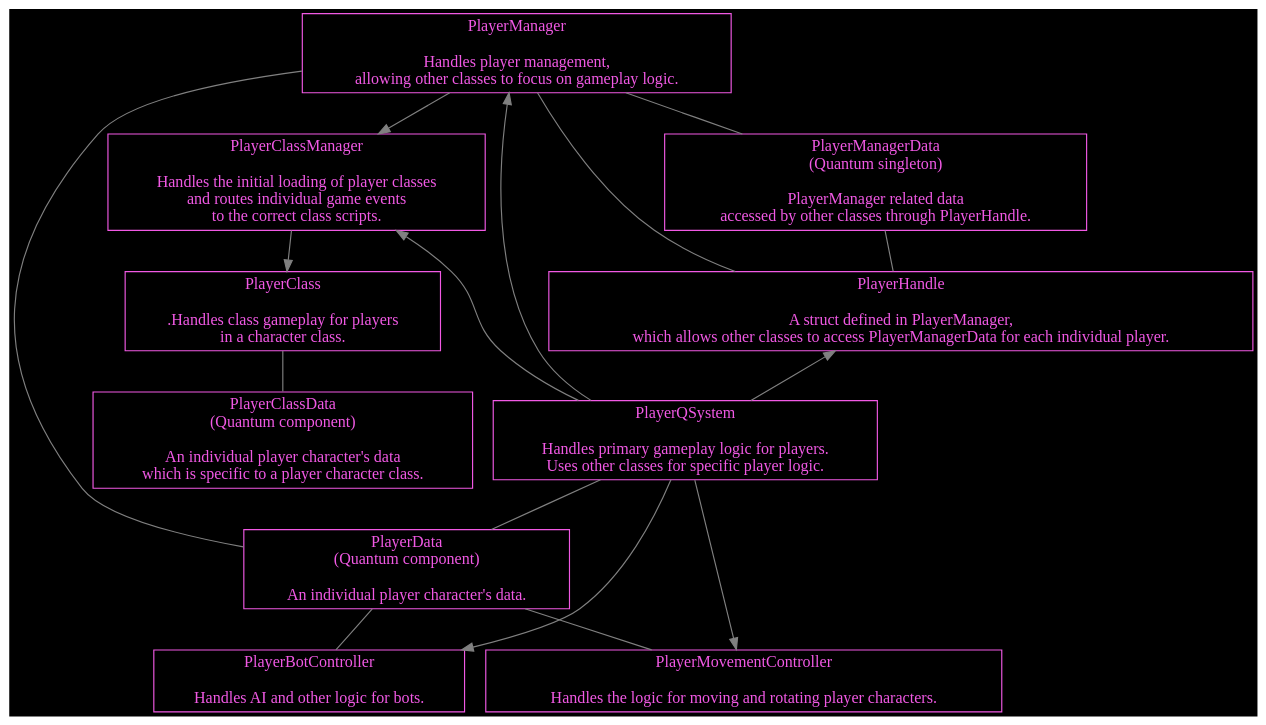
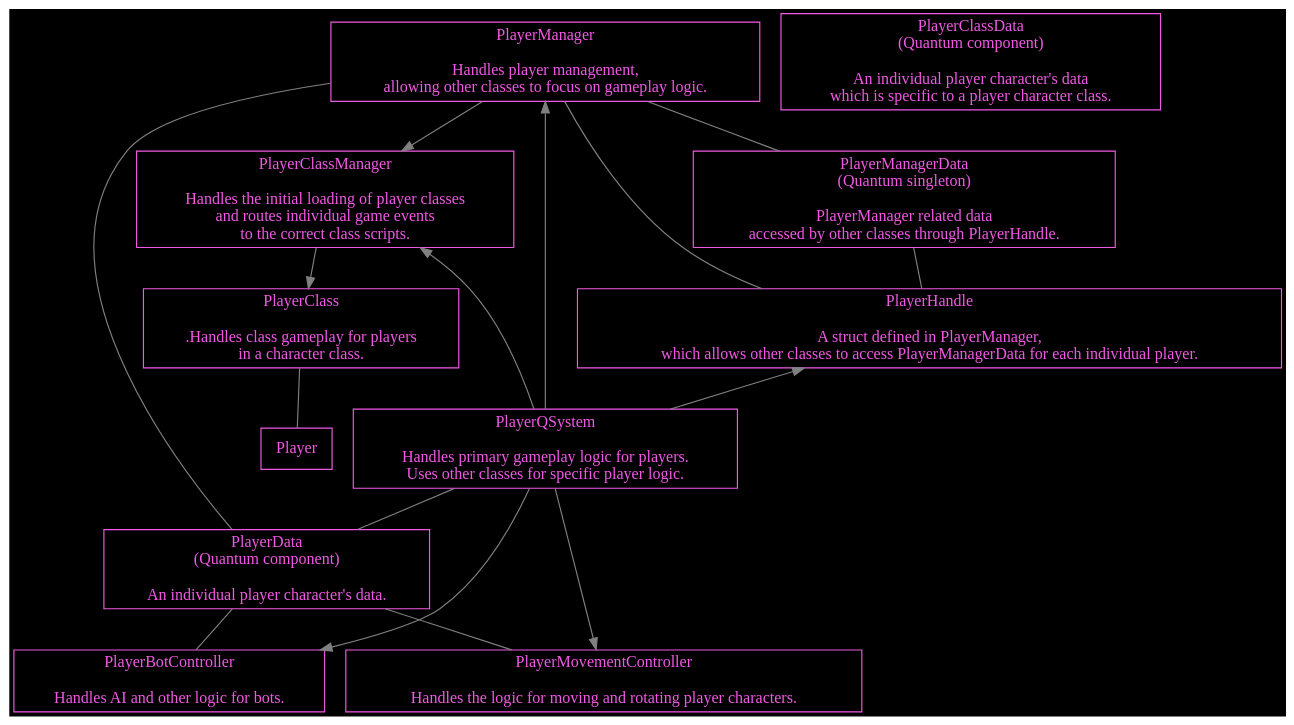
The seventh of 8 diagrams in Doc/Doxygen/Battle/additional-documentation/pages/1-concepts-player-.md (Alt-Org/Altzone), drawn with Graphviz before and after one commit.

Commit message:
Updated: Doc\Doxygen\Battle\additional-documentation\pages\1-concepts-player-.md #1220

````diff
--- a/Doc/Doxygen/Battle/additional-documentation/pages/1-concepts-player-.md
+++ b/Doc/Doxygen/Battle/additional-documentation/pages/1-concepts-player-.md
@@ -347,38 +347,38 @@
 ```dot
 digraph PlayerSimulation {
   color=white;
   fontcolor=white;
   bgcolor=black;
 
   node [shape=box, style=filled, color="#F159E4", fontcolor="#F159E4", fillcolor=black];
   edge [color=gray];
 
   PlayerManager            [label="PlayerManager\n\nHandles player management,\nallowing other classes to focus on gameplay logic."];
   PlayerManagerData        [label="PlayerManagerData\n(Quantum singleton)\n\nPlayerManager related data\naccessed by other classes through PlayerHandle."];
   PlayerHandle             [label="PlayerHandle\n\nA struct defined in PlayerManager,\nwhich allows other classes to access PlayerManagerData for each individual player."];
   PlayerQSystem            [label="PlayerQSystem\n\nHandles primary gameplay logic for players.\nUses other classes for specific player logic."];
   PlayerMovementController [label="PlayerMovementController\n\nHandles the logic for moving and rotating player characters."];
   PlayerClassManager       [label="PlayerClassManager\n\nHandles the initial loading of player classes\nand routes individual game events\nto the correct class scripts."];
   PlayerClass              [label="PlayerClass\n\n.Handles class gameplay for players\nin a character class."];
   PlayerClassData          [label="PlayerClassData\n(Quantum component)\n\nAn individual player character's data\nwhich is specific to a player character class."];
   PlayerBotController      [label="PlayerBotController\n\nHandles AI and other logic for bots."];
   PlayerData               [label="PlayerData\n(Quantum component)\n\nAn individual player character's data."];
 
   edge [dir=none];
 
   PlayerManager -> PlayerManagerData, PlayerHandle;
   PlayerManagerData -> PlayerHandle;
 
   PlayerManager, PlayerQSystem -> PlayerData -> PlayerMovementController, PlayerBotController;
-  PlayerClass -> PlayerClassData;
+  PlayerClass -> Player;
 
   edge [dir=forwards];
 
   PlayerManager -> PlayerClassManager -> PlayerClass;
   PlayerQSystem -> PlayerMovementController, PlayerBotController;
 
   edge [dir=back];
 
   PlayerManager, PlayerHandle, PlayerClassManager -> PlayerQSystem;
 }
 ```
````
